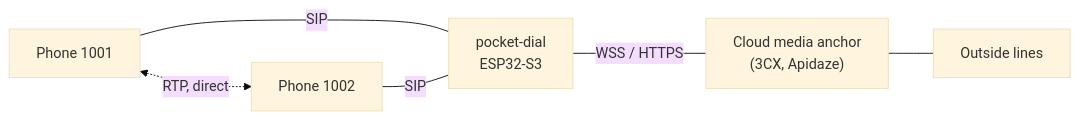
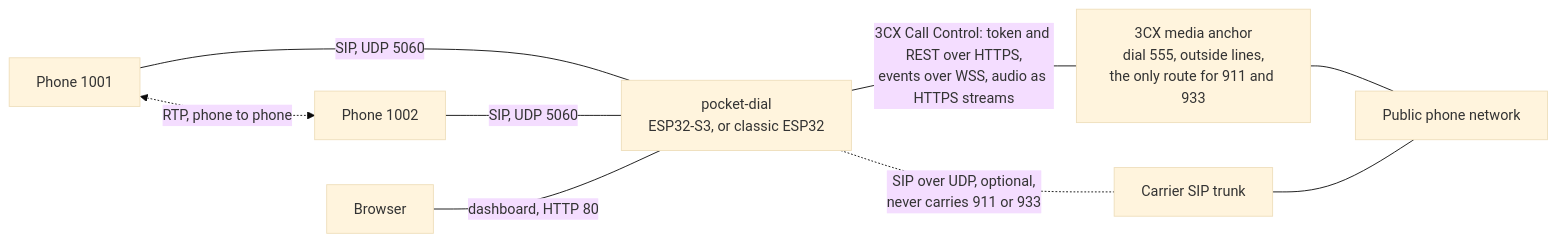
The first of 7 diagrams in README.md (GlomarGadaffi/pocket-dial), drawn with Mermaid (base theme) before and after one commit. The commit also changed other lines of this file and 29 other files, not shown here.

First line of the commit message:
docs: make the Mermaid diagrams exact against main (#1105)

````diff
--- a/README.md
+++ b/README.md
@@ -13,8 +13,11 @@
 ```mermaid
 flowchart LR
-    A["Phone 1001"] -- "SIP" --- PBX["pocket-dial<br/>ESP32-S3"]
-    B["Phone 1002"] -- "SIP" --- PBX
-    A <-. "RTP, direct" .-> B
-    PBX -- "WSS / HTTPS" --- AN["Cloud media anchor<br/>(3CX, Apidaze)"]
-    AN --- PSTN["Outside lines"]
+    A["Phone 1001"] -- "SIP, UDP 5060" --- PBX["pocket-dial<br/>ESP32-S3, or classic ESP32"]
+    B["Phone 1002"] -- "SIP, UDP 5060" --- PBX
+    A <-. "RTP, phone to phone" .-> B
+    W["Browser"] -- "dashboard, HTTP 80" --- PBX
+    PBX -- "3CX Call Control: token and REST over HTTPS,<br/>events over WSS, audio as HTTPS streams" --- AN["3CX media anchor<br/>dial 555, outside lines,<br/>the only route for 911 and 933"]
+    PBX -. "SIP over UDP, optional,<br/>never carries 911 or 933" .- TR["Carrier SIP trunk"]
+    AN --- PSTN["Public phone network"]
+    TR --- PSTN
 ```
````
